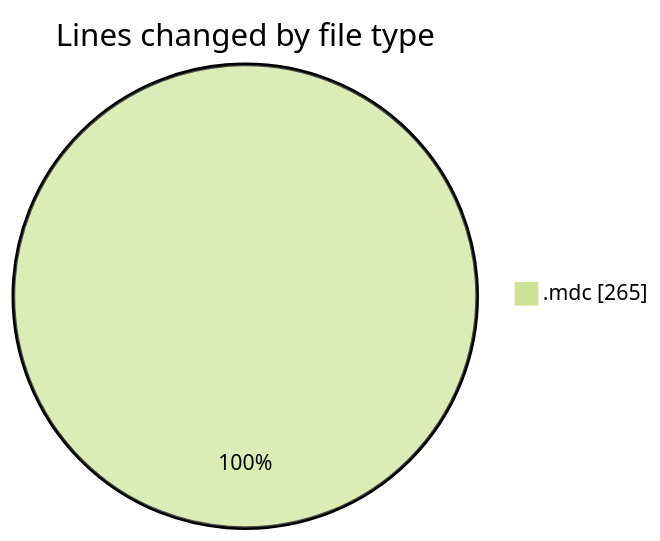
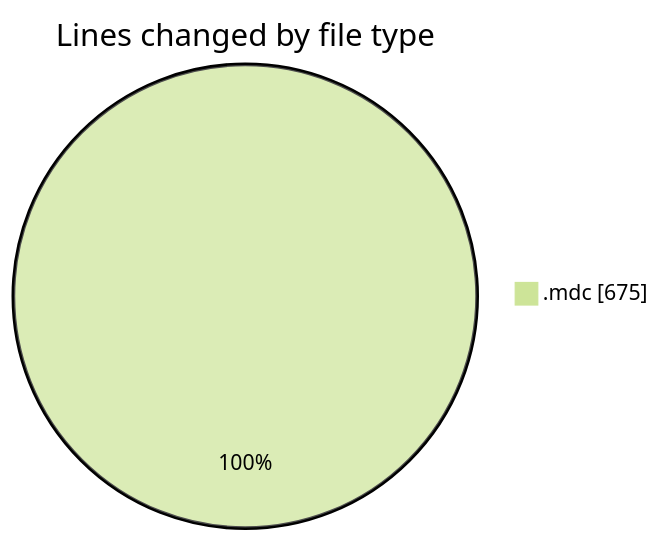
One commit to CELIANVF/code-tracking changed the first of 2 diagrams in 2025-06-05/ecodeli-1/README.md. Above: the diagram before and after it, drawn with Mermaid (forest theme). The commit also changed other lines of this file and 1 other file, not shown here.

````diff
--- a/2025-06-05/ecodeli-1/README.md
+++ b/2025-06-05/ecodeli-1/README.md
@@ -20,5 +22,5 @@
 ```mermaid
 pie showData
 title Lines changed by file type
-".mdc" : 265
+".mdc" : 675
 ```
````
